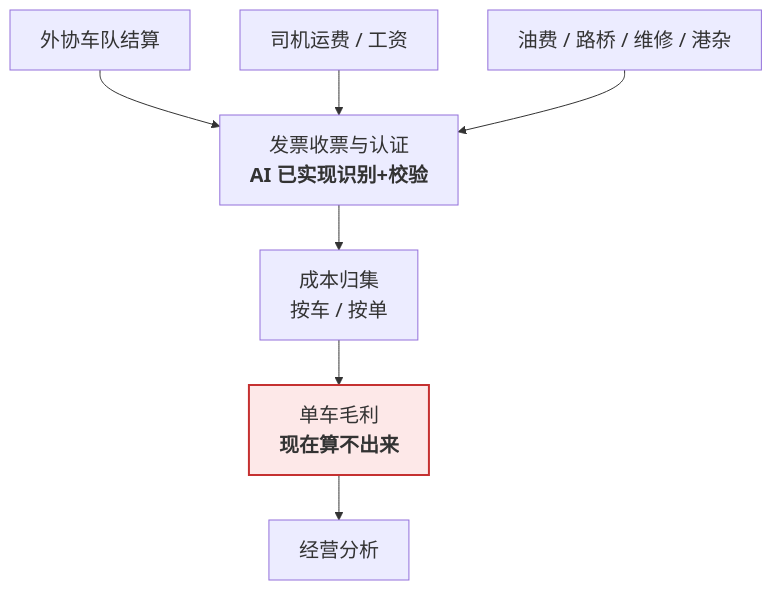
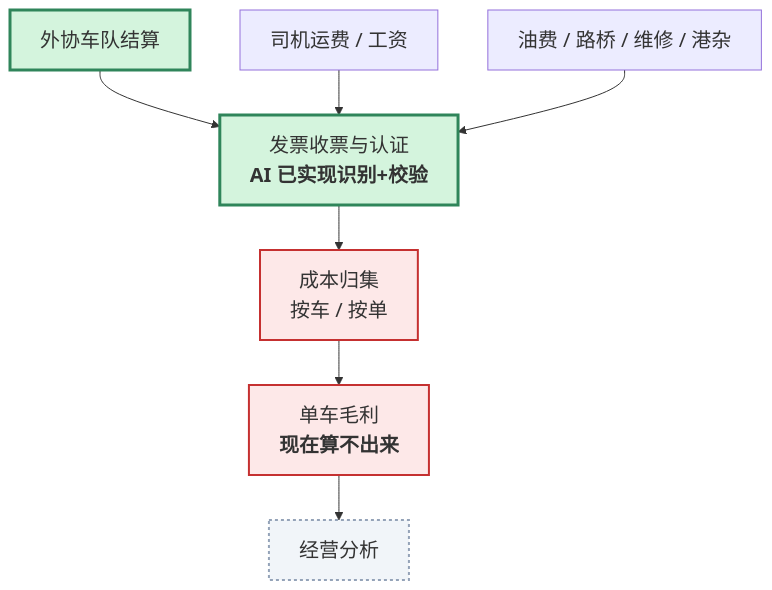
Before and after one commit to roma007/Enterprise-AI: the third of 4 diagrams in 会客包/10_业务与财务流程图.md, drawn with Mermaid. The commit also changed other lines of this file and 169 other files, not shown here.

````diff
--- a/会客包/10_业务与财务流程图.md
+++ b/会客包/10_业务与财务流程图.md
@@ -95,21 +98,24 @@
 ```mermaid
 %%{init: {"themeVariables": {"fontSize": "20px", "fontFamily": "-apple-system, \"PingFang SC\", sans-serif"}, "flowchart": {"useMaxWidth": false, "nodeSpacing": 50, "rankSpacing": 45, "wrappingWidth": 340, "htmlLabels": true}}}%%
 flowchart TB
   P1["外协车队结算"]
   P2["司机运费 / 工资"]
   P3["油费 / 路桥 / 维修 / 港杂"]
   P4["发票收票与认证<br/><b>AI 已实现识别+校验</b>"]
   S1["成本归集<br/>按车 / 按单"]
   S2["单车毛利<br/><b>现在算不出来</b>"]
   S3["经营分析"]
 
   P1 --> P4
   P2 --> P4
   P3 --> P4
   P4 --> S1 --> S2 --> S3
 
-  classDef plan fill:#fff4e5,stroke:#b7791f,stroke-width:2px,stroke-dasharray:5 5
-  classDef pain fill:#fde8e8,stroke:#c53030,stroke-width:2px
+  classDef done fill:#d4f4dd,stroke:#2f855a,stroke-width:3px
+  classDef blocked fill:#fde8e8,stroke:#c53030,stroke-width:2px
+  classDef out fill:#f1f5f9,stroke:#94a3b8,stroke-width:2px,stroke-dasharray:3 3
 
-  class S2 pain
+  class P1,P4 done
+  class S1,S2 blocked
+  class S3 out
 ```
````
